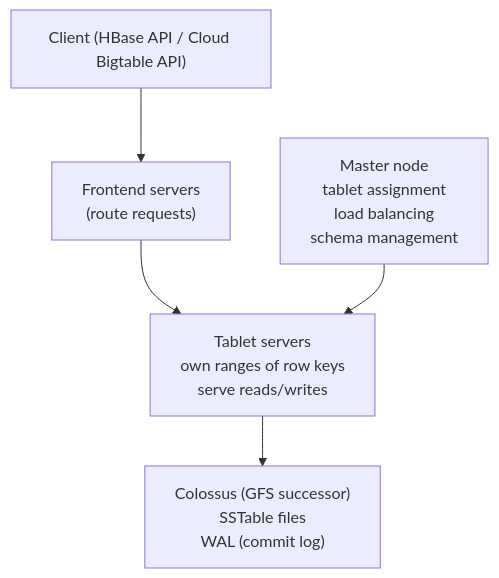
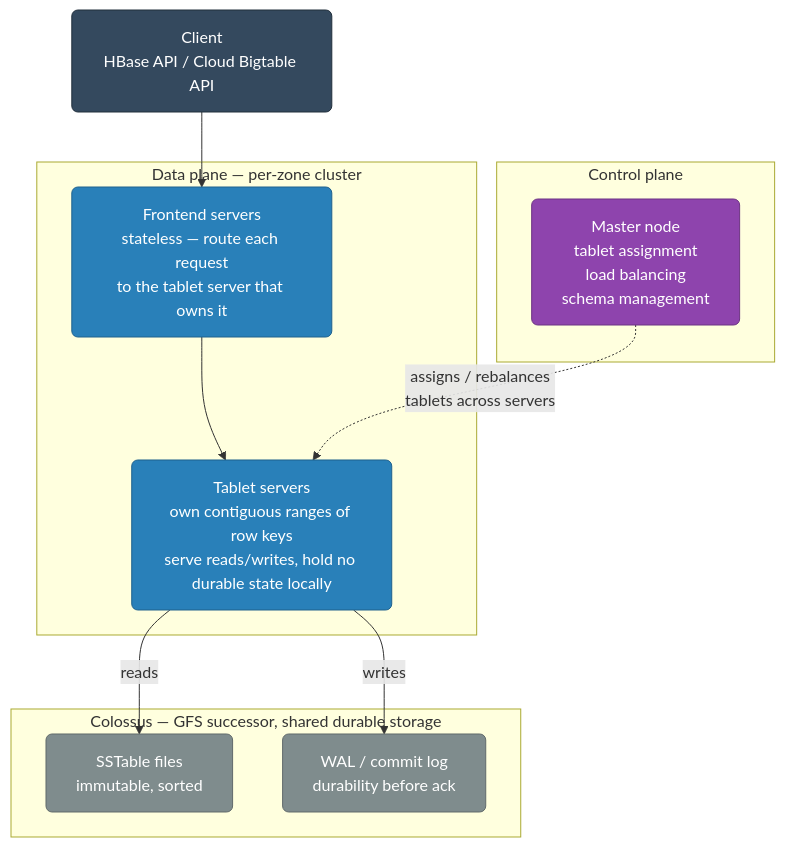
Before and after one commit to deepanshu-rawat6/DevOpsIndex: the first of 5 diagrams in gcp/bigtable.md, drawn with Mermaid. The commit also changed other lines of this file and 14 other files, not shown here.

````diff
--- a/gcp/bigtable.md
+++ b/gcp/bigtable.md
@@ -9,7 +14,27 @@
 ```mermaid
 graph TD
-    CLIENT["Client (HBase API / Cloud Bigtable API)"] --> FE["Frontend servers<br>(route requests)"]
-    FE --> TABLET["Tablet servers<br>own ranges of row keys<br>serve reads/writes"]
-    TABLET --> COLOSSUS["Colossus (GFS successor)<br>SSTable files<br>WAL (commit log)"]
-    MASTER["Master node<br>tablet assignment<br>load balancing<br>schema management"] --> TABLET
+    classDef client fill:#34495e,stroke:#212f3c,color:#fff,rx:6
+    classDef control fill:#8e44ad,stroke:#6c3483,color:#fff,rx:6
+    classDef serve fill:#2980b9,stroke:#1f618d,color:#fff,rx:6
+    classDef storage fill:#7f8c8d,stroke:#616a6b,color:#fff,rx:6
+
+    CLIENT["Client<br/>HBase API / Cloud Bigtable API"]:::client --> FE["Frontend servers<br/>stateless — route each request<br/>to the tablet server that owns it"]:::serve
+
+    subgraph CONTROL["Control plane"]
+        MASTER["Master node<br/>tablet assignment<br/>load balancing<br/>schema management"]:::control
+    end
+
+    subgraph DATAPLANE["Data plane — per-zone cluster"]
+        FE --> TABLET["Tablet servers<br/>own contiguous ranges of row keys<br/>serve reads/writes, hold no durable state locally"]:::serve
+    end
+
+    MASTER -.->|"assigns / rebalances<br/>tablets across servers"| TABLET
+
+    subgraph COLOSSUSNODE["Colossus — GFS successor, shared durable storage"]
+        SSTABLE["SSTable files<br/>immutable, sorted"]:::storage
+        WAL["WAL / commit log<br/>durability before ack"]:::storage
+    end
+
+    TABLET -->|"reads"| SSTABLE
+    TABLET -->|"writes"| WAL
 ```
````
